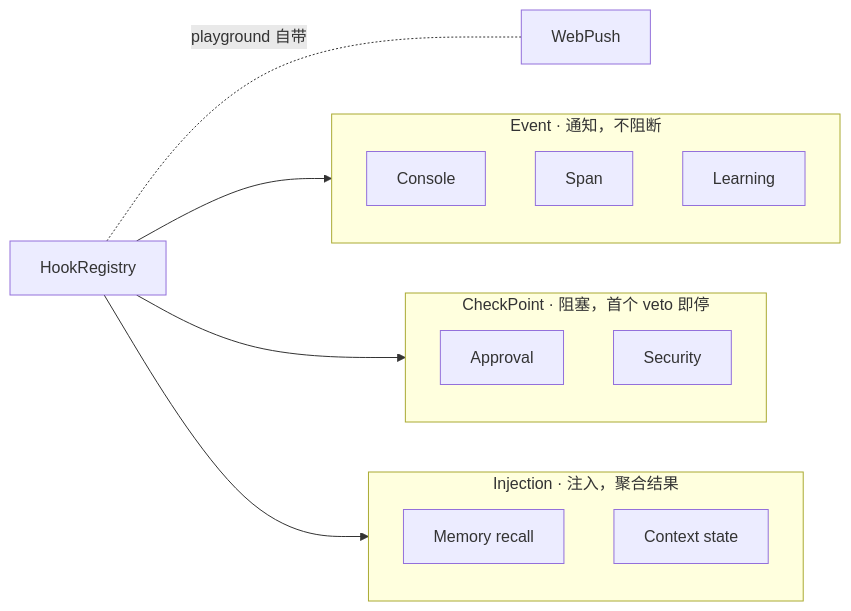
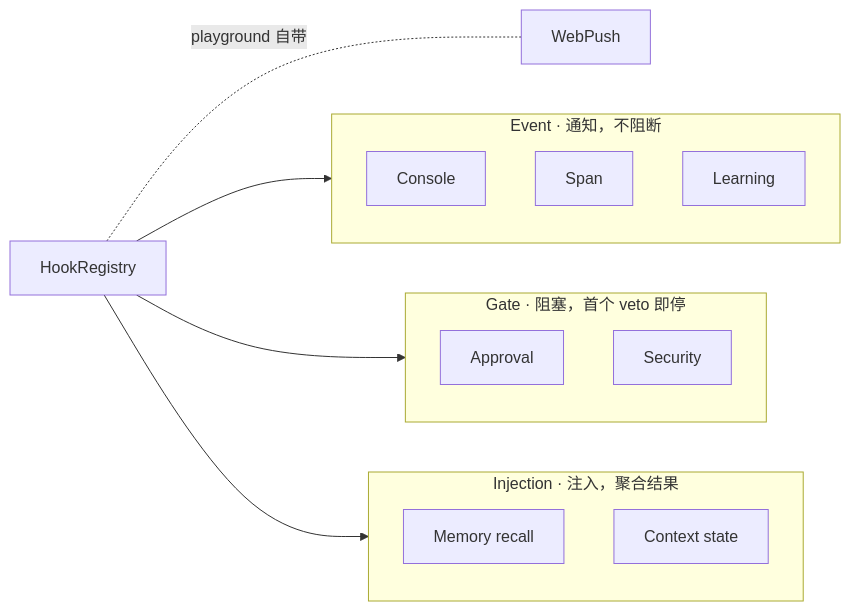
Before and after one commit to limenagent/prodagent: the second of 3 diagrams in README.md, drawn with Mermaid. The commit also changed other lines of this file and 192 other files, not shown here.

````diff
--- a/README.md
+++ b/README.md
@@ -202,24 +204,24 @@
 ```mermaid
 graph LR
     H[HookRegistry]
     H --> E
     H --> K
     H --> I
     H -.playground 自带.- WP[WebPush]
 
     subgraph E[Event · 通知，不阻断]
         C[Console]
         S[Span]
         LE[Learning]
     end
 
-    subgraph K[CheckPoint · 阻塞，首个 veto 即停]
+    subgraph K[Gate · 阻塞，首个 veto 即停]
         AP[Approval]
         SE[Security]
     end
 
     subgraph I[Injection · 注入，聚合结果]
         ME[Memory recall]
         CTX[Context state]
     end
 ```
````
